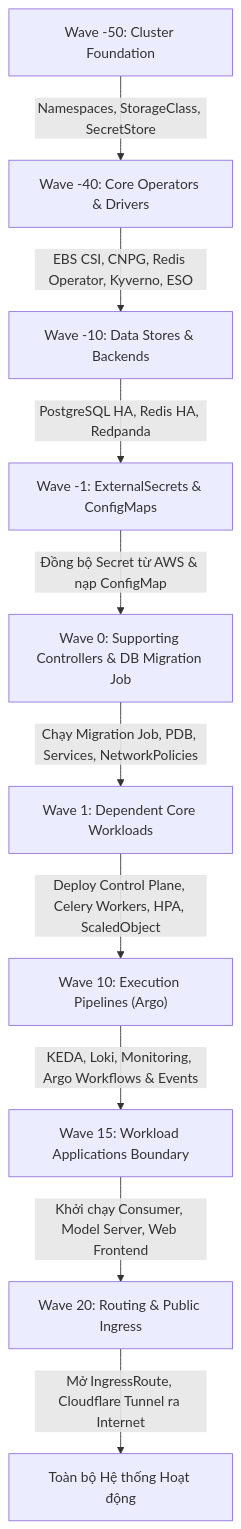
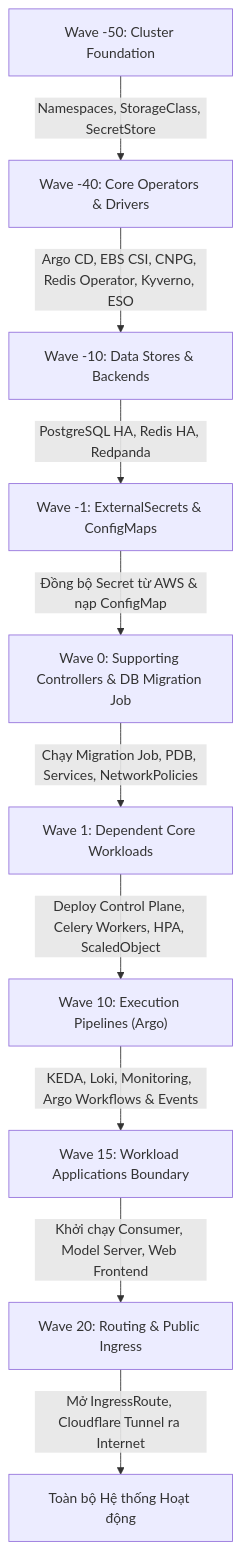
Before and after one commit to Viet-Hoang-2005/MLOps-paas-system: the diagram in k8s/README.md, drawn with Mermaid. The commit also changed other lines of this file and 13 other files, not shown here.

````diff
--- a/k8s/README.md
+++ b/k8s/README.md
@@ -57,22 +57,22 @@
 ```mermaid
 flowchart TD
     W_M50["Wave -50: Cluster Foundation"]
     W_M40["Wave -40: Core Operators & Drivers"]
     W_M10["Wave -10: Data Stores & Backends"]
     W_M1["Wave -1: ExternalSecrets & ConfigMaps"]
     W_0["Wave 0: Supporting Controllers & DB Migration Job"]
     W_1["Wave 1: Dependent Core Workloads"]
     W_10["Wave 10: Execution Pipelines (Argo)"]
     W_15["Wave 15: Workload Applications Boundary"]
     W_20["Wave 20: Routing & Public Ingress"]
 
     W_M50 -->|Namespaces, StorageClass, SecretStore| W_M40
-    W_M40 -->|EBS CSI, CNPG, Redis Operator, Kyverno, ESO| W_M10
+    W_M40 -->|Argo CD, EBS CSI, CNPG, Redis Operator, Kyverno, ESO| W_M10
     W_M10 -->|PostgreSQL HA, Redis HA, Redpanda| W_M1
     W_M1  -->|Đồng bộ Secret từ AWS & nạp ConfigMap| W_0
     W_0   -->|Chạy Migration Job, PDB, Services, NetworkPolicies| W_1
     W_1   -->|Deploy Control Plane, Celery Workers, HPA, ScaledObject| W_10
     W_10  -->|KEDA, Loki, Monitoring, Argo Workflows & Events| W_15
     W_15  -->|Khởi chạy Consumer, Model Server, Web Frontend| W_20
     W_20  -->|Mở IngressRoute, Cloudflare Tunnel ra Internet| Ready["Toàn bộ Hệ thống Hoạt động"]
 ```
````
